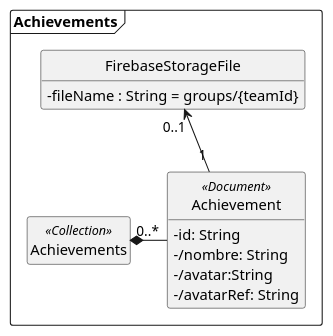
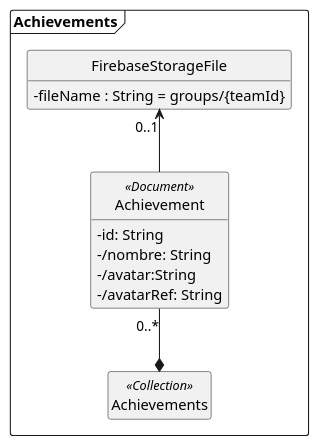
Before and after one commit to Cramer-0xbit/route66-plantuml: the diagram in Ahievements.wsd, drawn with PlantUML. The commit also changed 5 other files, not shown here.

```diff
--- a/Ahievements.wsd
+++ b/Ahievements.wsd
@@ -2,26 +2,22 @@
 @startuml Achievements
 
 package Achievements <<Frame>> {
  class FirebaseStorageFile {
     - fileName : String = groups/{teamId}
 }
 
  class Achievements <<Collection>>
  class Achievement <<Document>>{
      - id: String
      - /nombre: String
      - /avatar:String
      - /avatarRef: String    
  }
-
-
- FirebaseStorageFile "0..1"<--"1"Achievement
- Achievements*-"0..*" Achievement
-
-
+ FirebaseStorageFile "0..1"<--Achievement
+ Achievements*-up-"0..*" Achievement
 }
 
 hide empty members   
 hide circle
 skinparam classAttributeIconSize 0
 @enduml
```
